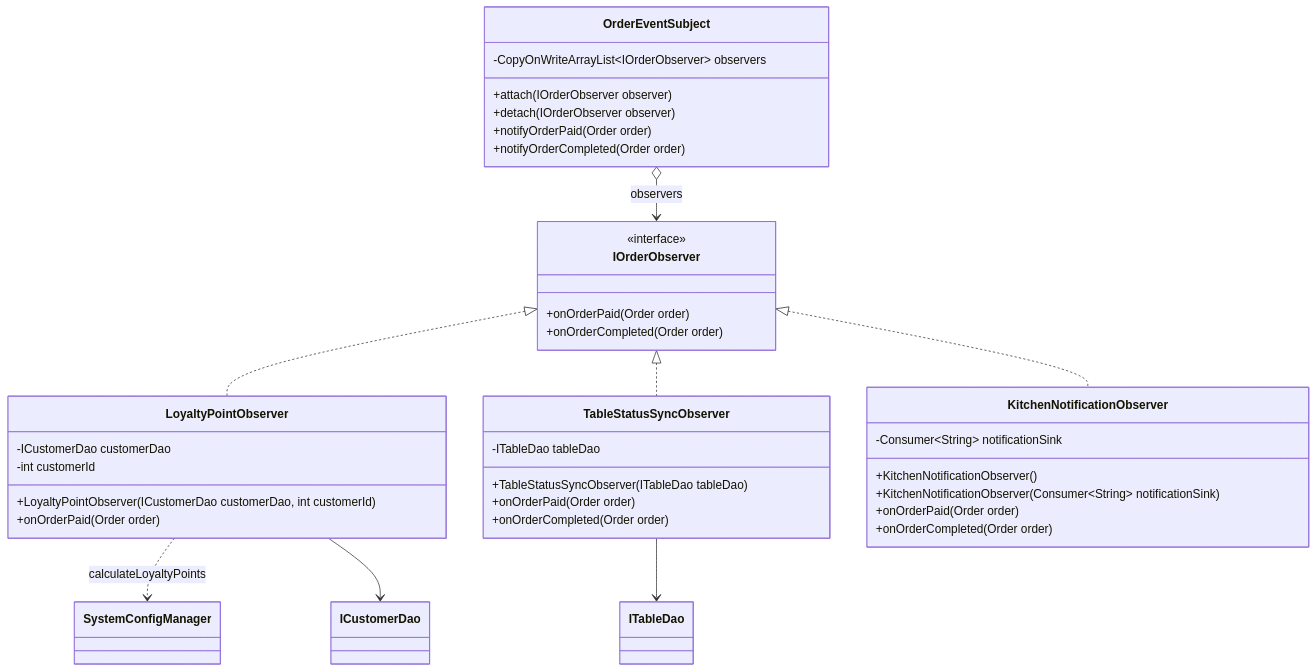
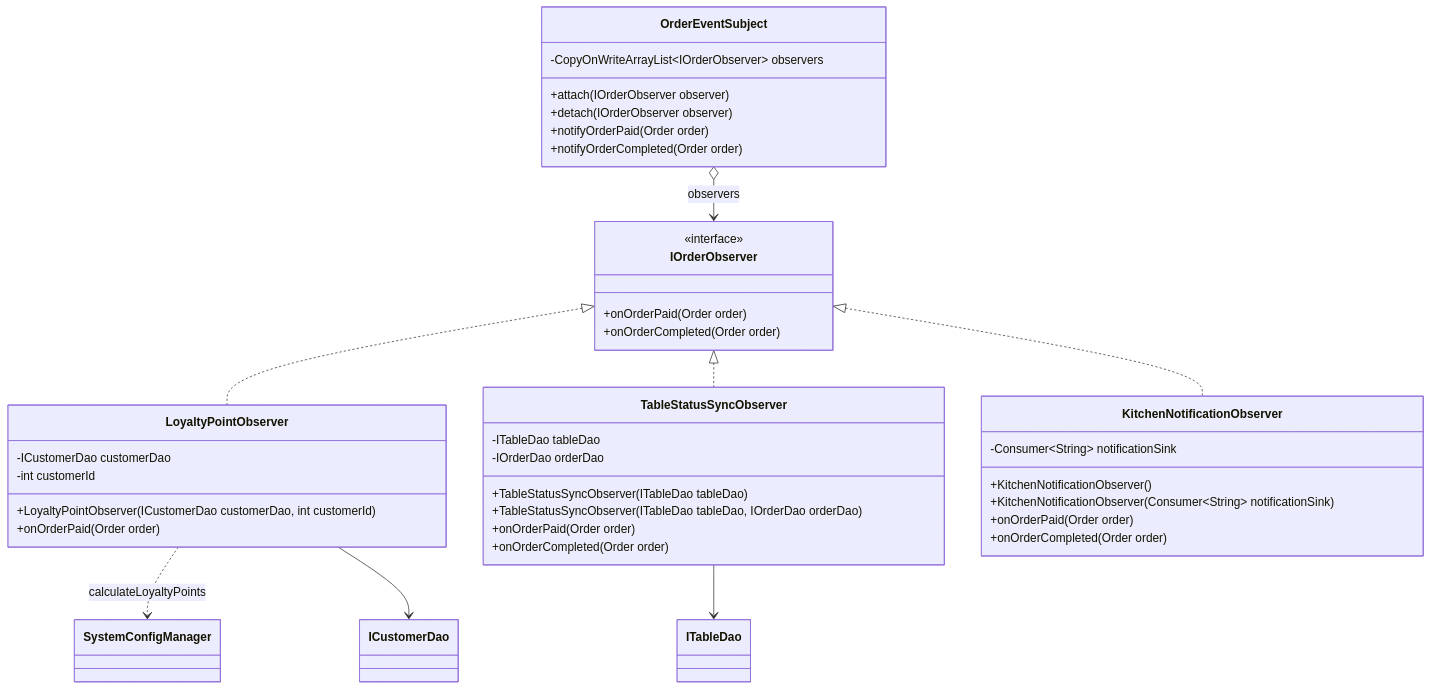
The ninth of 9 diagrams in docs/DESIGN_PATTERNS_SPEC.md (HubertPhung/WebQuanLyQuanCafe-DesignPatterns), drawn with Mermaid before and after one commit. The commit also changed other lines of this file and 124 other files, not shown here.

````diff
--- a/docs/DESIGN_PATTERNS_SPEC.md
+++ b/docs/DESIGN_PATTERNS_SPEC.md
@@ -1101,46 +1112,48 @@
 ```mermaid
 classDiagram
     class OrderEventSubject {
         -CopyOnWriteArrayList~IOrderObserver~ observers
         +attach(IOrderObserver observer)
         +detach(IOrderObserver observer)
         +notifyOrderPaid(Order order)
         +notifyOrderCompleted(Order order)
     }
 
     class IOrderObserver {
         <<interface>>
         +onOrderPaid(Order order)
         +onOrderCompleted(Order order)
     }
 
     class LoyaltyPointObserver {
         -ICustomerDao customerDao
         -int customerId
         +LoyaltyPointObserver(ICustomerDao customerDao, int customerId)
         +onOrderPaid(Order order)
     }
 
     class TableStatusSyncObserver {
         -ITableDao tableDao
+        -IOrderDao orderDao
         +TableStatusSyncObserver(ITableDao tableDao)
+        +TableStatusSyncObserver(ITableDao tableDao, IOrderDao orderDao)
         +onOrderPaid(Order order)
         +onOrderCompleted(Order order)
     }
 
     class KitchenNotificationObserver {
         -Consumer~String~ notificationSink
         +KitchenNotificationObserver()
         +KitchenNotificationObserver(Consumer~String~ notificationSink)
         +onOrderPaid(Order order)
         +onOrderCompleted(Order order)
     }
 
     OrderEventSubject o--> IOrderObserver : observers
     IOrderObserver <|.. LoyaltyPointObserver
     IOrderObserver <|.. TableStatusSyncObserver
     IOrderObserver <|.. KitchenNotificationObserver
     LoyaltyPointObserver ..> SystemConfigManager : calculateLoyaltyPoints
     LoyaltyPointObserver --> ICustomerDao
     TableStatusSyncObserver --> ITableDao
 ```
````
